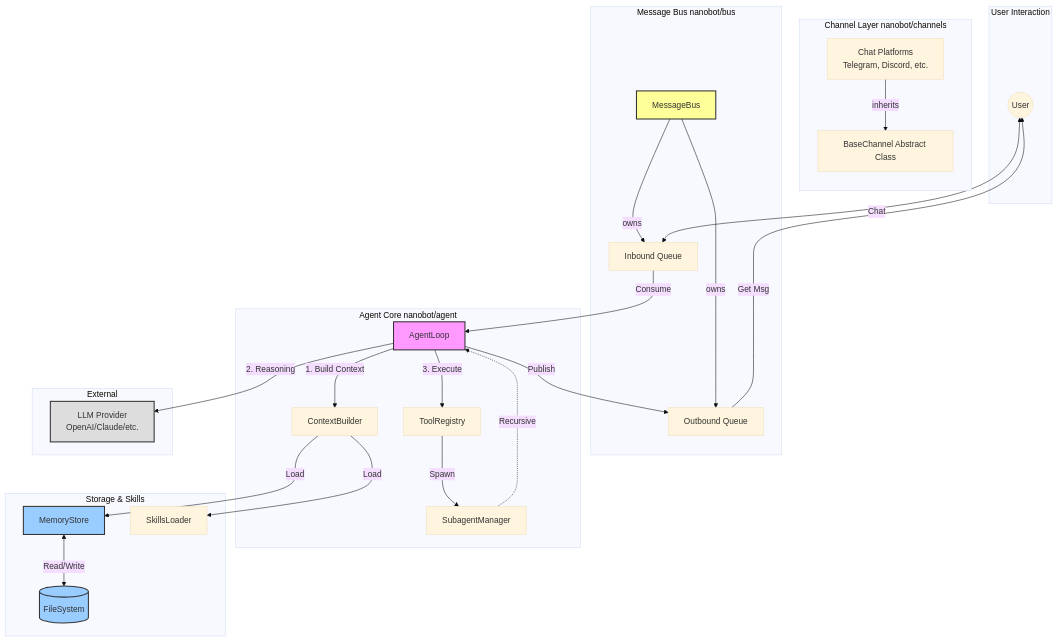
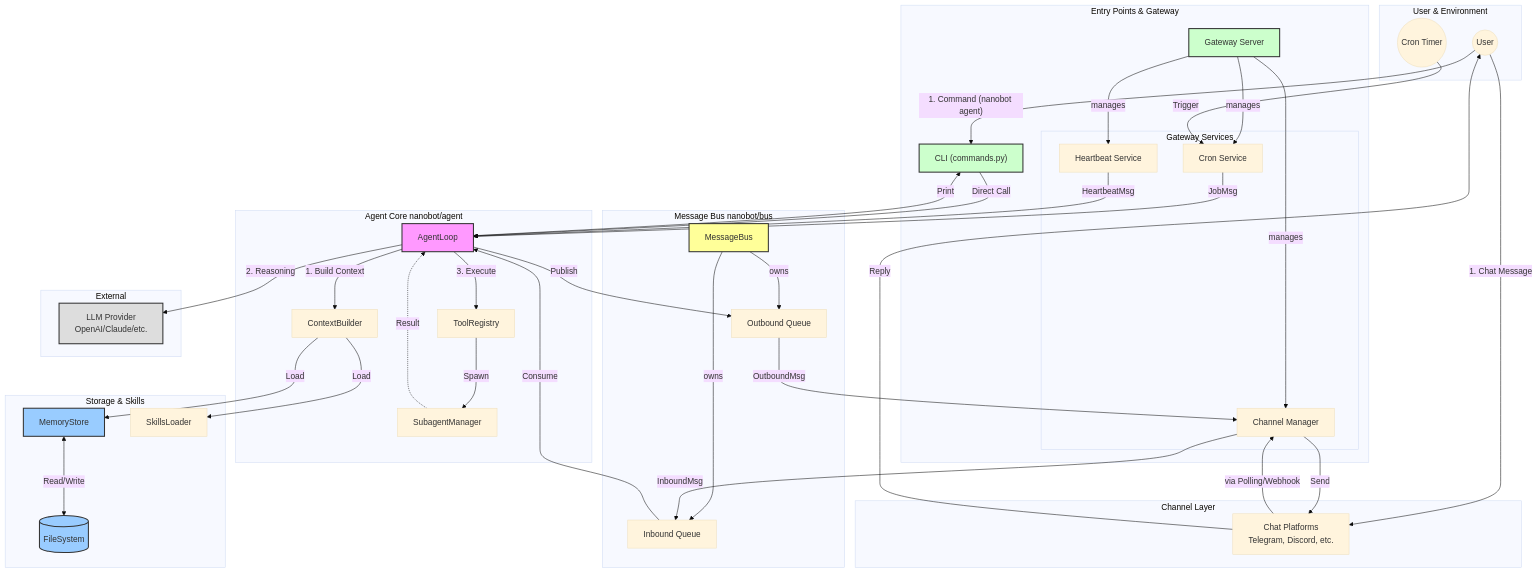
One commit to lorenhsu1128/nanobot_HKUDS changed the first of 6 diagrams in ARCHITECTURE.md. Above: the diagram before and after it, drawn with Mermaid (base theme). The commit also changed other lines of this file and 9 other files, not shown here.

````diff
--- a/ARCHITECTURE.md
+++ b/ARCHITECTURE.md
@@ -11,16 +11,30 @@
     classDef bus fill:#ff9,stroke:#333,stroke-width:2px;
     classDef storage fill:#9cf,stroke:#333,stroke-width:2px;
     classDef ext fill:#ddd,stroke:#333,stroke-width:2px;
+    classDef gateway fill:#cfc,stroke:#333,stroke-width:2px;
 
-    subgraph User_Layer [User Interaction]
+    subgraph User_Side [User & Environment]
         User((User))
+        CronTimer((Cron Timer))
     end
 
-    subgraph Channel_Layer [Channel Layer nanobot/channels]
-        direction TB
+    subgraph Entry_Points [Entry Points & Gateway]
+        CLI["CLI (commands.py)"]:::gateway
+        Gateway["Gateway Server"]:::gateway
+
+        subgraph Gateway_Internal [Gateway Services]
+            CM[Channel Manager]
+            CS[Cron Service]
+            HS[Heartbeat Service]
+        end
+
+        Gateway -- manages --> CM
+        Gateway -- manages --> CS
+        Gateway -- manages --> HS
+    end
+
+    subgraph Channel_Layer [Channel Layer]
         Channels[Chat Platforms<br/>Telegram, Discord, etc.]
-        BaseChannel[BaseChannel Abstract Class]
-        Channels -- inherits --> BaseChannel
     end
 
     subgraph Message_Bus [Message Bus nanobot/bus]
@@ -48,21 +62,35 @@
         LLM[LLM Provider<br/>OpenAI/Claude/etc.]:::ext
     end
 
-    %% Flows
-    User <-->|Chat| InQ
-    OutQ -->|Get Msg| User
+    %% Flows - Entry
+    User -- "1. Command (nanobot agent)" --> CLI
+    CLI -- "Direct Call" --> Loop
 
-    InQ -->|Consume| Loop
-    Loop -->|Publish| OutQ
+    User -- "1. Chat Message" --> Channels
+    Channels -- "via Polling/Webhook" --> CM
+    CM -- "InboundMsg" --> InQ
 
-    Loop -->|1. Build Context| Context
-    Context -->|Load| Memory
-    Context -->|Load| Skills
-    Memory <-->|Read/Write| FS
+    CronTimer -- "Trigger" --> CS
+    CS -- "JobMsg" --> Loop
+    HS -- "HeartbeatMsg" --> Loop
 
-    Loop -->|2. Reasoning| LLM
+    %% Flows - Core
+    InQ -- "Consume" --> Loop
+    Loop -- "Publish" --> OutQ
+    OutQ -- "OutboundMsg" --> CM
+    CM -- "Send" --> Channels
+    Channels -- "Reply" --> User
+    Loop -- "Print" --> CLI
 
-    Loop -->|3. Execute| Tools
-    Tools -->|Spawn| SubMgr
-    SubMgr -.->|Recursive| Loop
+    %% Flows - Internal Logic
+    Loop -- "1. Build Context" --> Context
+    Context -- "Load" --> Memory
+    Context -- "Load" --> Skills
+    Memory <-->|"Read/Write"| FS
+
+    Loop -- "2. Reasoning" --> LLM
+
+    Loop -- "3. Execute" --> Tools
+    Tools -- "Spawn" --> SubMgr
+    SubMgr -.->|Result| Loop
 ```
````
